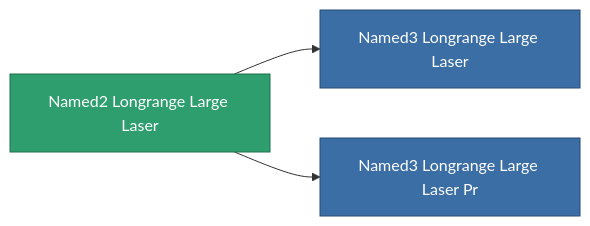
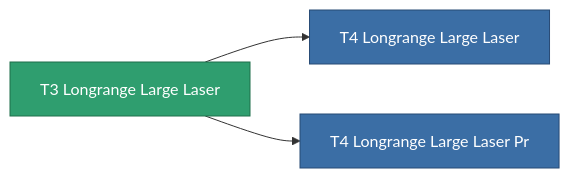
The diagram in content/content/items/named2_longrange_large_laser.md (OpenPerpetuum/Wiki), drawn with Mermaid before and after one commit. The commit also changed other lines of this file and 4904 other files, not shown here.

````diff
--- a/content/content/items/named2_longrange_large_laser.md
+++ b/content/content/items/named2_longrange_large_laser.md
@@ -82,13 +56,13 @@
 ```mermaid
 graph LR
-    a["Named2 Longrange Large Laser"]:::current
-    b["Named3 Longrange Large Laser"]:::prod
+    a["T3 Longrange Large Laser"]:::current
+    b["T4 Longrange Large Laser"]:::prod
     a --> b
-    click b "/content/items/named3-longrange-large-laser/" "Named3 Longrange Large Laser"
-    c["Named3 Longrange Large Laser Pr"]:::prod
+    click b "/content/items/named3-longrange-large-laser/" "T4 Longrange Large Laser"
+    c["T4 Longrange Large Laser Pr"]:::prod
     a --> c
-    click c "/content/items/named3-longrange-large-laser-pr/" "Named3 Longrange Large Laser Pr"
+    click c "/content/items/named3-longrange-large-laser-pr/" "T4 Longrange Large Laser Pr"
     classDef current fill:#2f9e6f,stroke:#1f6f4a,color:#ffffff
     classDef prod fill:#3b6ea5,stroke:#274a75,color:#ffffff
     classDef more fill:#39445a,stroke:#54658a,color:#d5dbe8
 ```
````
